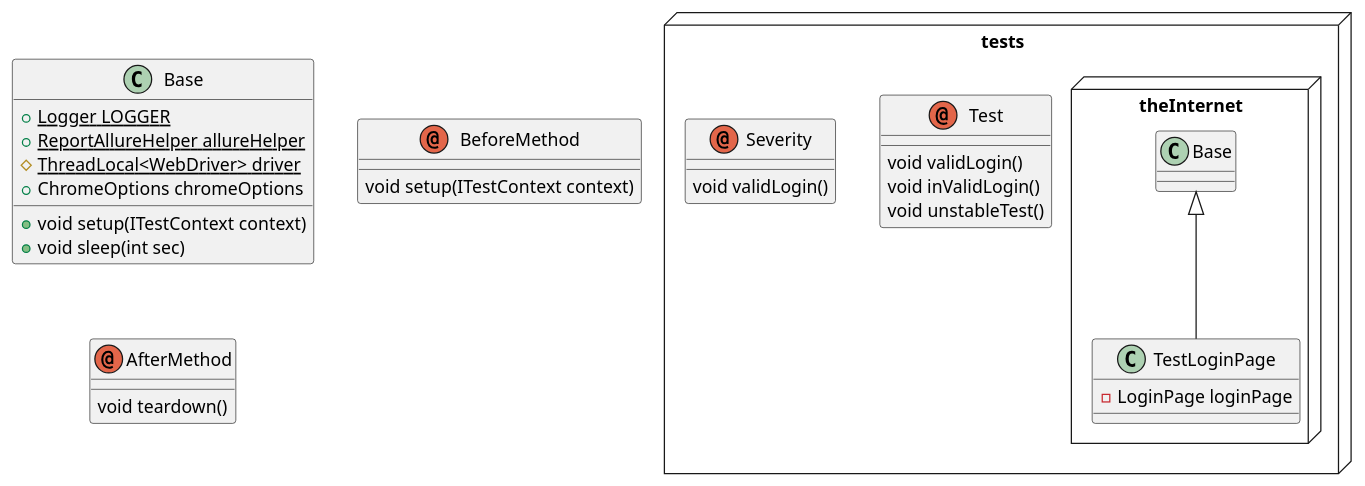
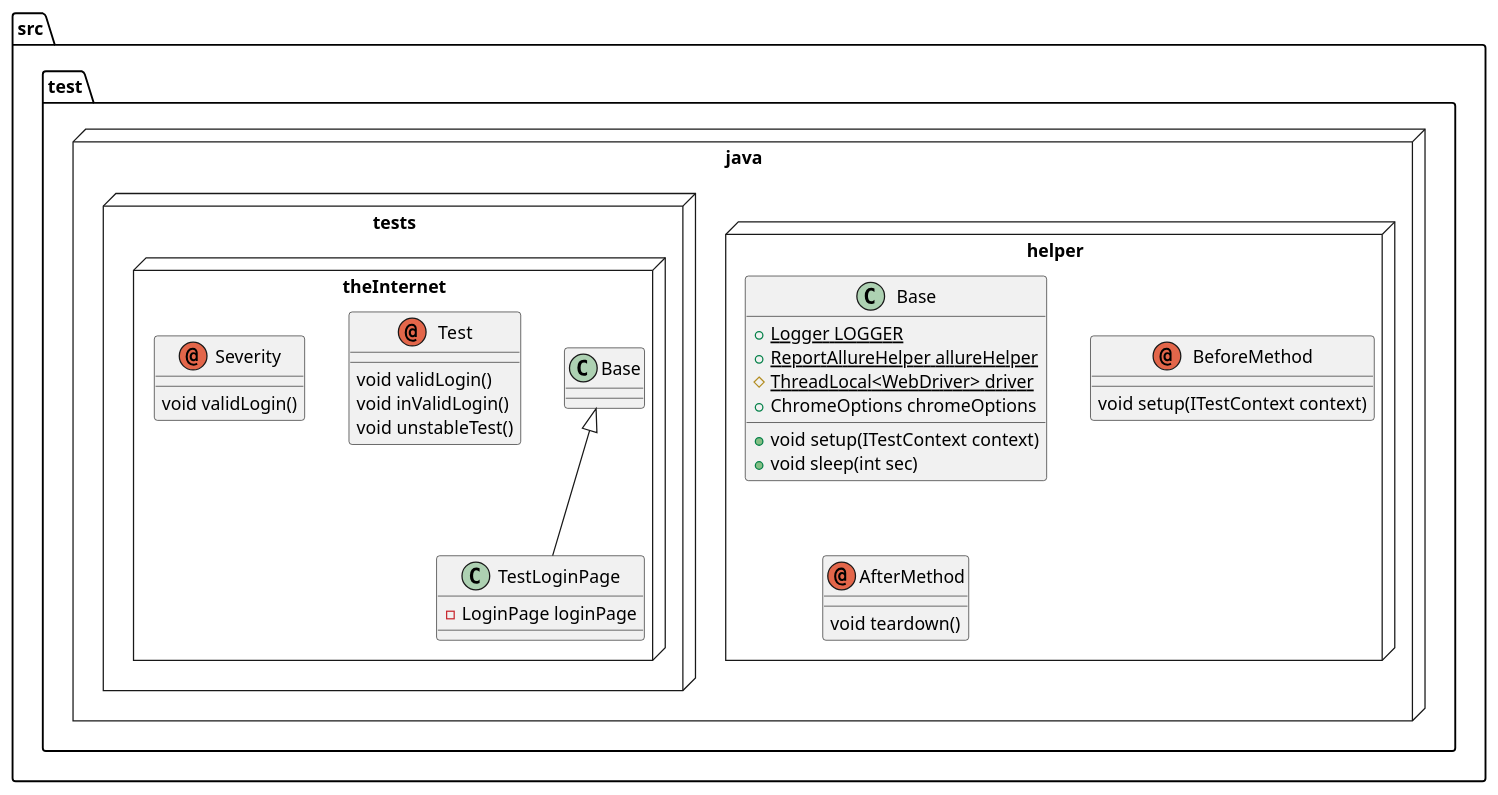
One commit to jagadeeshshetty/SeleniumMaven changed the diagram in docs/class-diagram/demo.puml. Above: the diagram before and after it, drawn with PlantUML. The commit also changed other lines of this file and 4 other files, not shown here.

Commit message:
uml: added package.

```diff
--- a/docs/class-diagram/demo.puml
+++ b/docs/class-diagram/demo.puml
@@ -1,36 +1,40 @@
 @startuml Demo
+
+package src.test.java <<Node>> {
+
+package helper <<Node>> {
 
 class Base {
   + {static} Logger LOGGER
   + {static} ReportAllureHelper allureHelper
   # {static} ThreadLocal<WebDriver> driver
   + ChromeOptions chromeOptions
 
   + void setup(ITestContext context)
   + void sleep(int sec)
 }
 annotation BeforeMethod {
   void setup(ITestContext context)
 }
-
 annotation AfterMethod {
   void teardown()
+}
 }
 
 package tests <<Node>> {
   package theInternet <<Node>> {
   class TestLoginPage extends Base {
     - LoginPage loginPage
   }
-}
 annotation Test {
   void validLogin()
   void inValidLogin()
   void unstableTest()
 }
-
 annotation Severity {
   void validLogin()
 }
+}
+}
 
 @enduml
```
